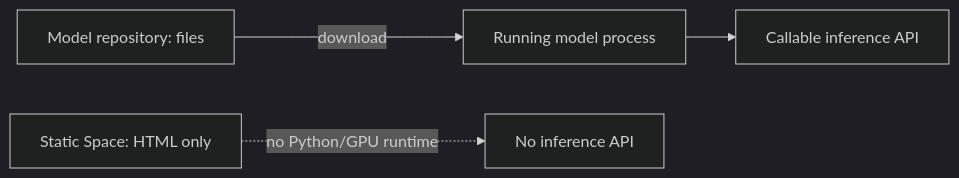
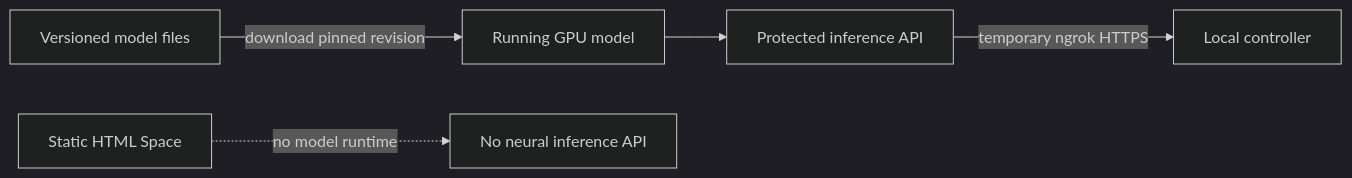
Before and after one commit to aanandmodi/StatqueryAI: the diagram in docs/MODEL_DEPLOYMENT.md, drawn with Mermaid (dark theme). The commit also changed other lines of this file and 80 other files, not shown here.

````diff
--- a/docs/MODEL_DEPLOYMENT.md
+++ b/docs/MODEL_DEPLOYMENT.md
@@ -16,6 +22,7 @@
 ```mermaid
 flowchart LR
-    Repo[Model repository: files] -->|download| Runtime[Running model process]
-    Runtime --> API[Callable inference API]
-    Static[Static Space: HTML only] -. no Python/GPU runtime .-> X[No inference API]
+    Repo[Versioned model files] -->|download pinned revision| Runtime[Running GPU model]
+    Runtime --> API[Protected inference API]
+    API -->|temporary ngrok HTTPS| Controller[Local controller]
+    Static[Static HTML Space] -. no model runtime .-> Unavailable[No neural inference API]
 ```
````
